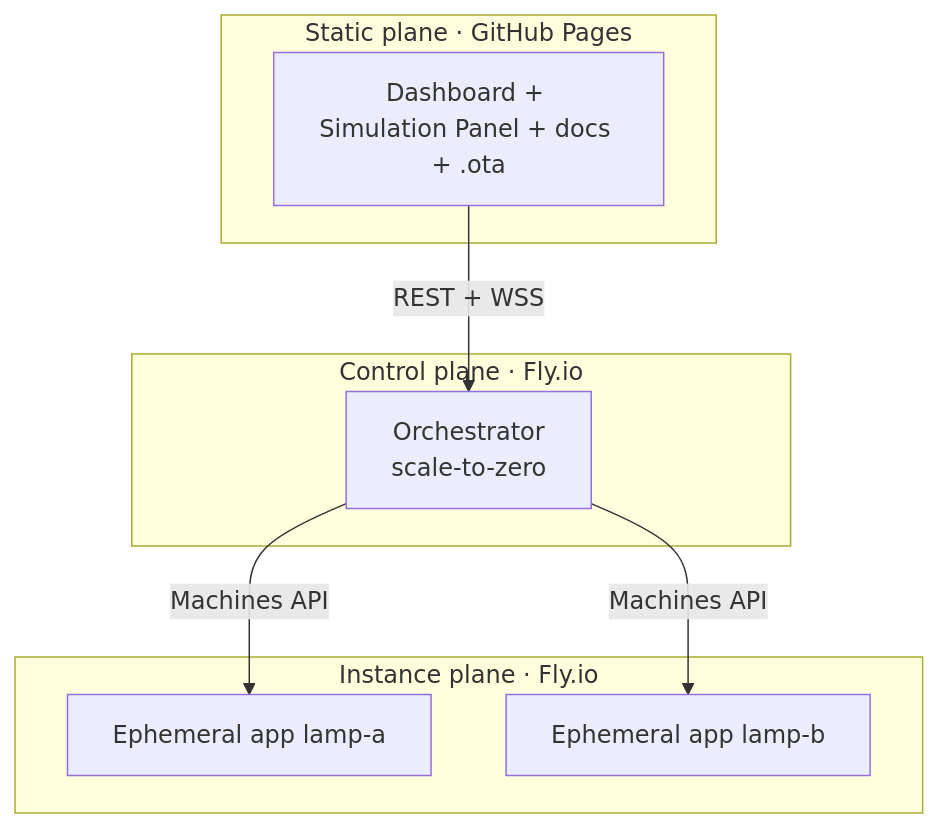
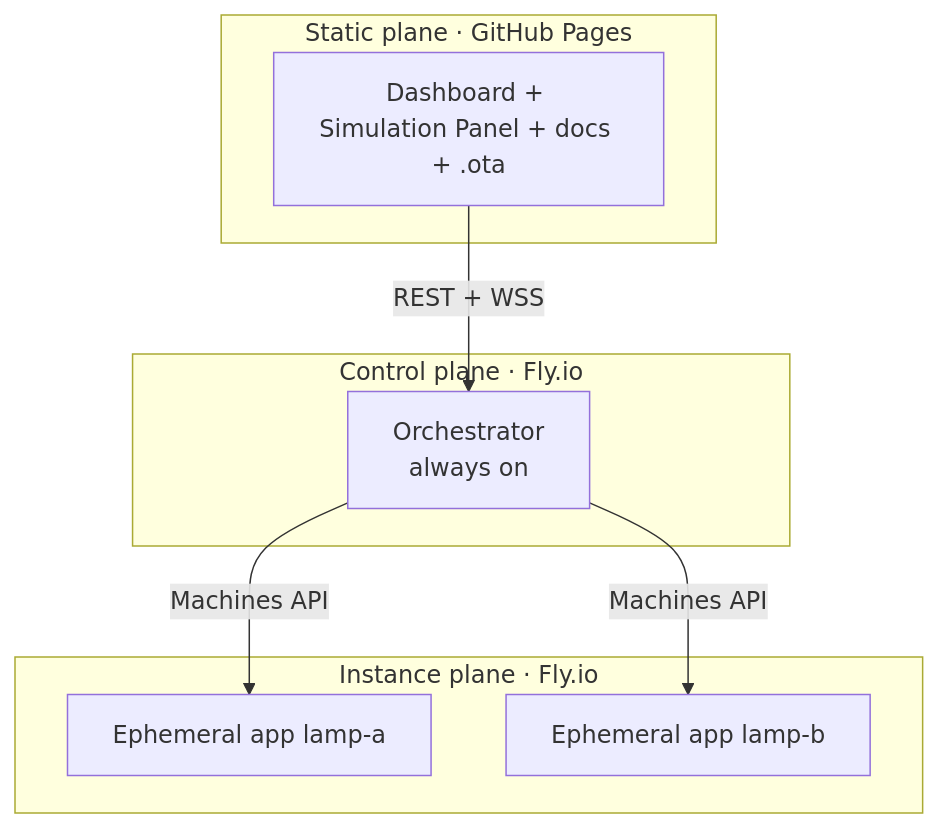
One commit to Feyk1/SmartLamp changed the first of 2 diagrams in docs/06-deployment.md. Above: the diagram before and after it, drawn with Mermaid. The commit also changed other lines of this file and 4 other files, not shown here.

````diff
--- a/docs/06-deployment.md
+++ b/docs/06-deployment.md
@@ -21,16 +21,16 @@
 ```mermaid
 flowchart TD
   subgraph Static[Static plane · GitHub Pages]
     P[Dashboard + Simulation Panel + docs + .ota]
   end
   subgraph Control[Control plane · Fly.io]
-    O[Orchestrator<br/>scale-to-zero]
+    O[Orchestrator<br/>always on]
   end
   subgraph Instance[Instance plane · Fly.io]
     I1[Ephemeral app lamp-a]
     I2[Ephemeral app lamp-b]
   end
   P -->|REST + WSS| O
   O -->|Machines API| I1
   O -->|Machines API| I2
 ```
````
